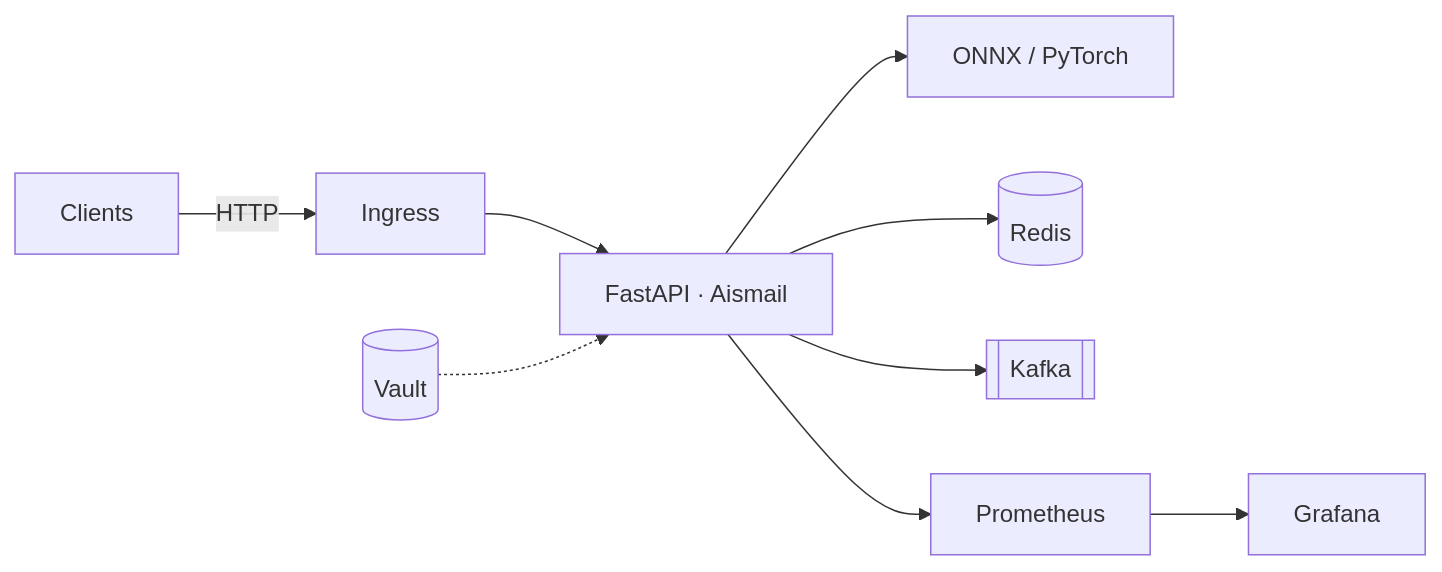
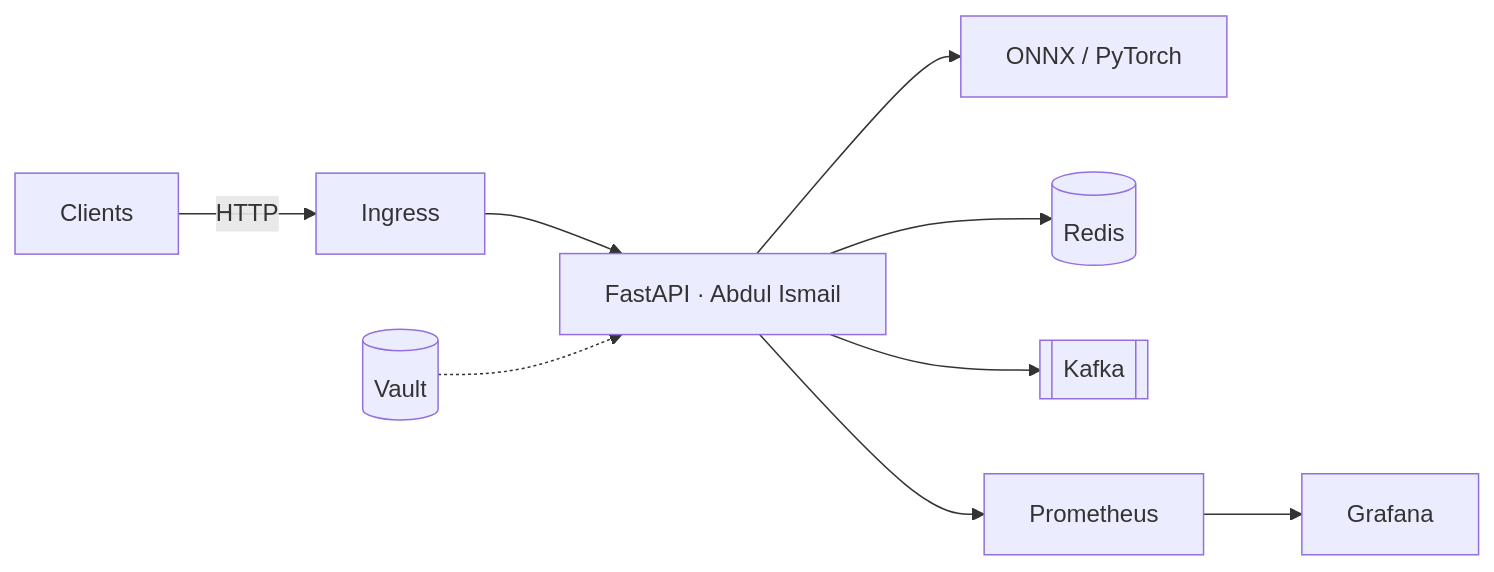
The diagram in README.md (ismailubts/KubeSense), drawn with Mermaid before and after one commit. The commit also changed other lines of this file and 65 other files, not shown here.

````diff
--- a/README.md
+++ b/README.md
@@ -33,11 +29,11 @@
 ```mermaid
 flowchart LR
   Clients -->|HTTP| Ingress
-  Ingress --> API[FastAPI · Aismail]
+  Ingress --> API[FastAPI · Abdul Ismail]
   API --> Model[ONNX / PyTorch]
   API --> Redis[(Redis)]
   API --> Kafka[[Kafka]]
   API --> Prom[Prometheus]
   Prom --> Grafana
   Vault[(Vault)] -.-> API
 ```
````
